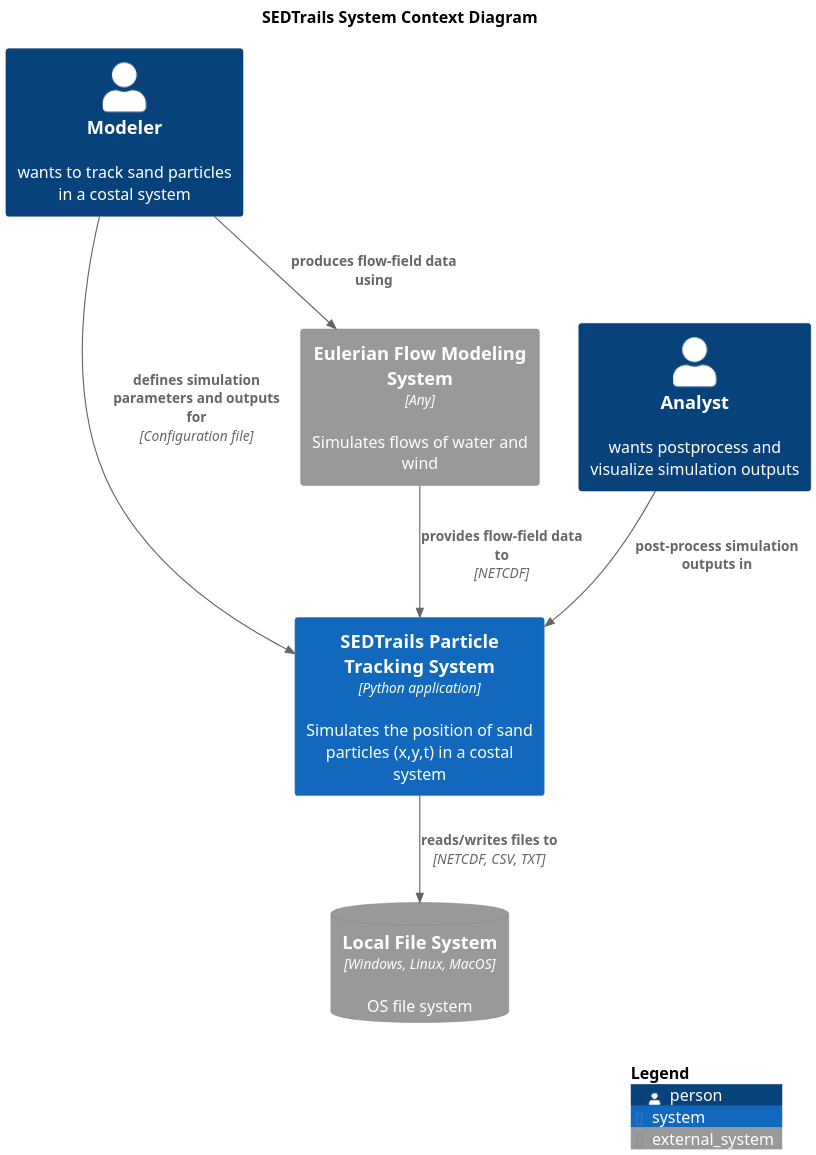
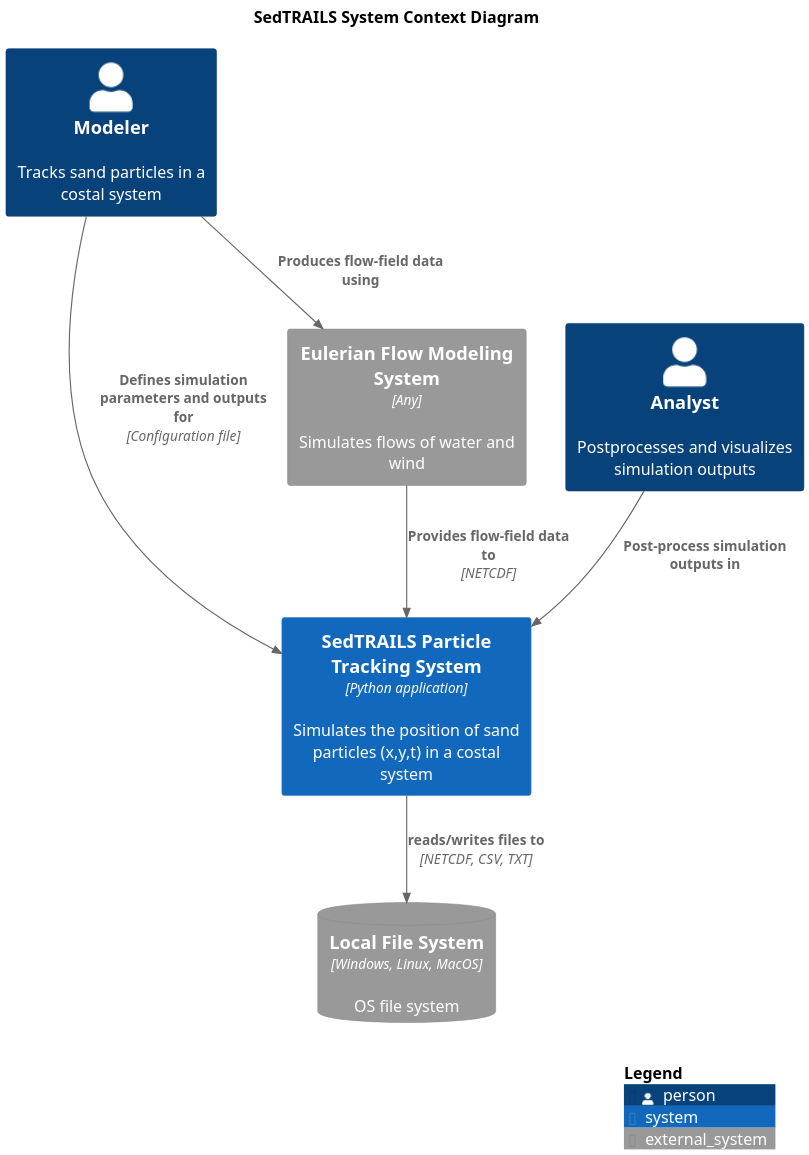
The diagram in diagrams/context-system.puml (sgpearson17/sedtrails-sgp), drawn with PlantUML before and after one commit. The commit also changed 5 other files, not shown here.

Commit message:
Update diagrams to fix typos and language

```diff
--- a/diagrams/context-system.puml
+++ b/diagrams/context-system.puml
@@ -1,31 +1,31 @@
 @startuml SedtrailContext
 !include ./c4/C4_Context.puml
 
 ' !theme C4_sandstone from ./c4/themes
-title SEDTrails System Context Diagram
+title SedTRAILS System Context Diagram
 scale 2
 
-Person(modeler, "Modeler", "wants to track sand particles in a costal system")
-Person(analyst, "Analyst", "wants postprocess and visualize simulation outputs")
+Person(modeler, "Modeler", "Tracks sand particles in a costal system")
+Person(analyst, "Analyst", "Postprocesses and visualizes simulation outputs")
 
 
-System(sedtrails, "SEDTrails Particle Tracking System", "Simulates the position of sand particles (x,y,t) in a costal system", $type="Python application")
+System(sedtrails, "SedTRAILS Particle Tracking System", "Simulates the position of sand particles (x,y,t) in a costal system", $type="Python application")
 
 
 System_Ext(flowSystem, "Eulerian Flow Modeling System", "Simulates flows of water and wind", $type="Any")
 
 SystemDb_Ext(fileSystem, "Local File System", "OS file system", $type="Windows, Linux, MacOS")
 
-Rel(analyst, sedtrails, "post-process simulation outputs in")
+Rel(analyst, sedtrails, "Post-process simulation outputs in")
 Rel(sedtrails, fileSystem, "reads/writes files to", "NETCDF, CSV, TXT")
 
-Rel(modeler, sedtrails, "defines simulation parameters and outputs for", "Configuration file")
-Rel(modeler, flowSystem, "produces flow-field data using")
+Rel(modeler, sedtrails, "Defines simulation parameters and outputs for", "Configuration file")
+Rel(modeler, flowSystem, "Produces flow-field data using")
 
-' Rel(connectivityNetworkSys, sedtrails, "access simulation outputs from", "NETCDF")
-' Rel(statisticsSys, sedtrails, "access simulation outputs from", "NETCDF")
+' Rel(connectivityNetworkSys, sedtrails, "Accesses simulation outputs from", "NETCDF")
+' Rel(statisticsSys, sedtrails, "Accesses simulation outputs from", "NETCDF")
 
-Rel(flowSystem, sedtrails, "provides flow-field data to ", "NETCDF")
+Rel(flowSystem, sedtrails, "Provides flow-field data to ", "NETCDF")
 
 SHOW_LEGEND()
 @enduml
```
